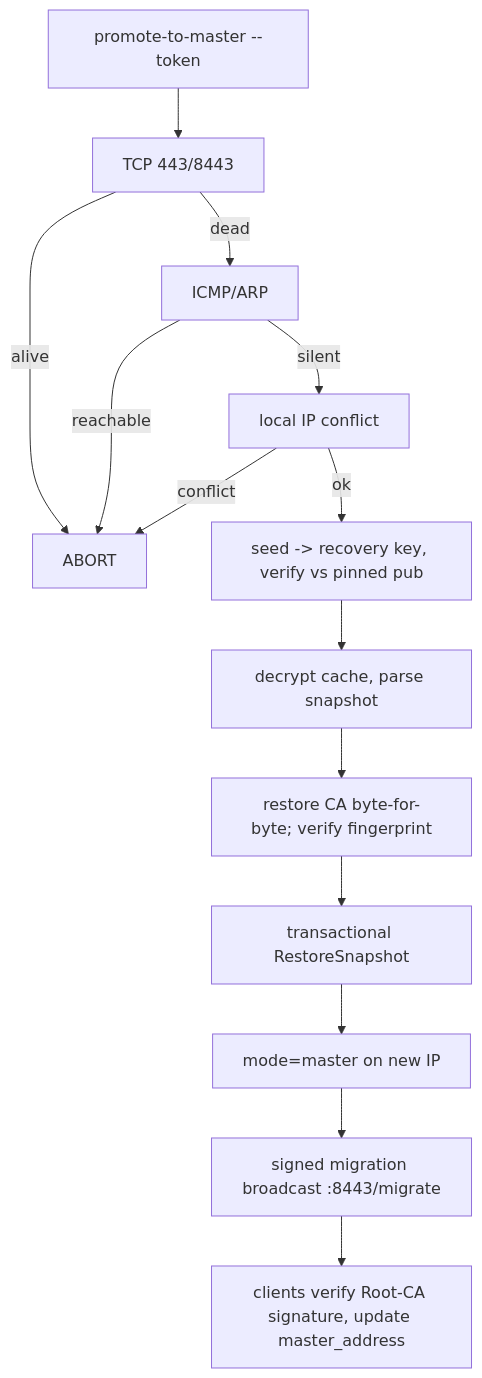
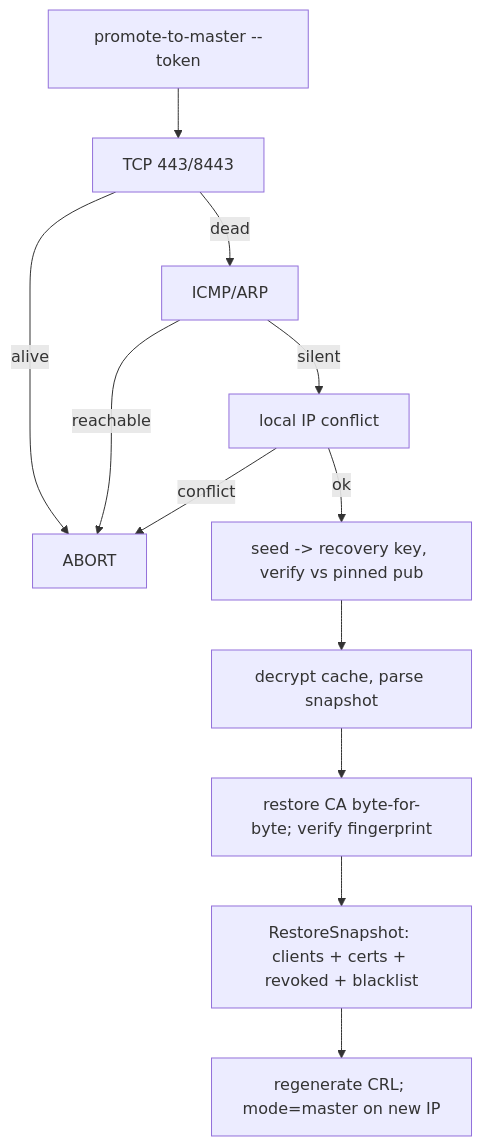
Before and after one commit to iskyneon/natssl: the second of 2 diagrams in docs/DEPLOYMENT.md, drawn with Mermaid. The commit also changed other lines of this file and 14 other files, not shown here.

````diff
--- a/docs/DEPLOYMENT.md
+++ b/docs/DEPLOYMENT.md
@@ -192,16 +136,14 @@
 ```mermaid
 flowchart TD
     B[promote-to-master --token] --> C1[TCP 443/8443]
     C1 -->|alive| X[ABORT]
     C1 -->|dead| C2[ICMP/ARP]
     C2 -->|reachable| X
     C2 -->|silent| C3[local IP conflict]
     C3 -->|conflict| X
     C3 -->|ok| D[seed -> recovery key, verify vs pinned pub]
     D --> E[decrypt cache, parse snapshot]
     E --> F[restore CA byte-for-byte; verify fingerprint]
-    F --> G[transactional RestoreSnapshot]
-    G --> H[mode=master on new IP]
-    H --> I[signed migration broadcast :8443/migrate]
-    I --> J[clients verify Root-CA signature, update master_address]
+    F --> G[RestoreSnapshot: clients + certs + revoked + blacklist]
+    G --> H[regenerate CRL; mode=master on new IP]
 ```
````
